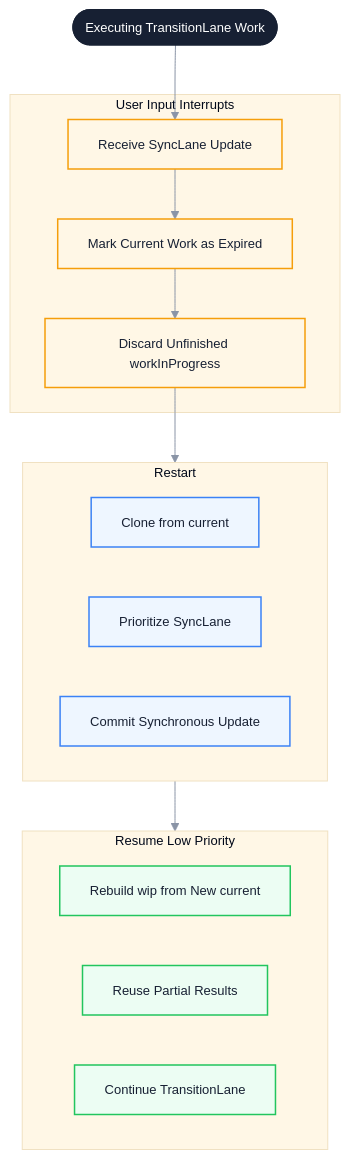
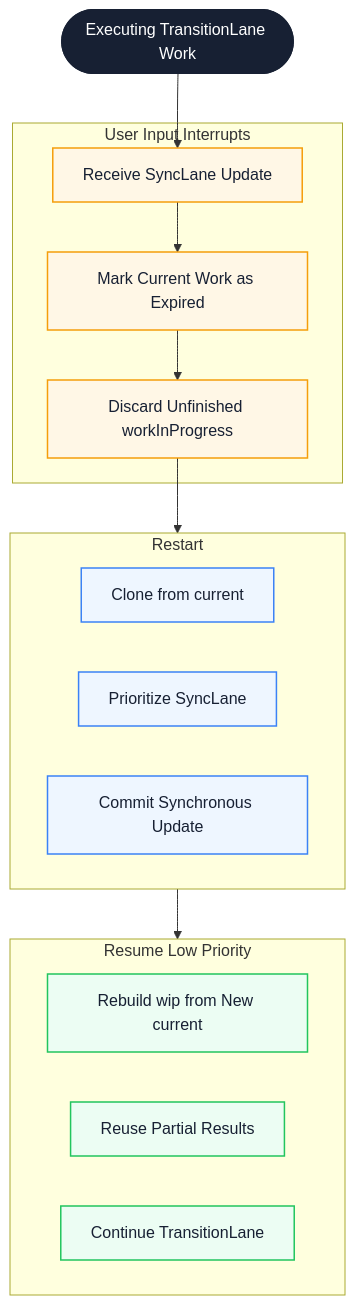
The fifth of 7 diagrams in docs/en/frameworks/react-fiber.md (Fatejian/frontier-vault), drawn with Mermaid before and after one commit. The commit also changed other lines of this file and 41 other files, not shown here.

````diff
--- a/docs/en/frameworks/react-fiber.md
+++ b/docs/en/frameworks/react-fiber.md
@@ -575,36 +528,35 @@
 ```mermaid
-%%{init: {'theme': 'base', 'themeVariables': { 'fontFamily': 'Inter, PingFang SC, Microsoft YaHei, sans-serif', 'primaryColor': '#EEF6FF', 'primaryTextColor': '#172033', 'primaryBorderColor': '#6EA8FE', 'lineColor': '#8A94A6', 'secondaryColor': '#F7F9FC', 'tertiaryColor': '#FFF7E6', 'fontSize': '13px'}}}%%
 flowchart TB
     Start(["Executing TransitionLane Work"])
 
     subgraph Interrupt["User Input Interrupts"]
         I1["Receive SyncLane Update"]
         I2["Mark Current Work as Expired"]
         I3["Discard Unfinished workInProgress"]
     end
 
     subgraph Restart["Restart"]
         R1["Clone from current"]
         R2["Prioritize SyncLane"]
         R3["Commit Synchronous Update"]
     end
 
     subgraph Resume["Resume Low Priority"]
         RR1["Rebuild wip from New current"]
         RR2["Reuse Partial Results"]
         RR3["Continue TransitionLane"]
     end
 
     Start --> I1 --> I2 --> I3 --> Restart
     Restart --> Resume
 
-    classDef start fill:#172033,color:#fff,stroke:#172033,stroke-width:2px;
-    classDef interrupt fill:#FFF7E6,stroke:#F59E0B,color:#172033,stroke-width:1.5px;
-    classDef restart fill:#EEF6FF,stroke:#3B82F6,color:#172033,stroke-width:1.5px;
-    classDef resume fill:#ECFDF3,stroke:#22C55E,color:#172033,stroke-width:1.5px;
+    classDef core fill:#172033,color:#fff,stroke:#172033,stroke-width:2px;
+    classDef block fill:#FFF7E6,stroke:#F59E0B,color:#172033,stroke-width:1.5px;
+    classDef wait fill:#EEF6FF,stroke:#3B82F6,color:#172033,stroke-width:1.5px;
+    classDef work fill:#ECFDF3,stroke:#22C55E,color:#172033,stroke-width:1.5px;
 
-    class Start start;
-    class I1,I2,I3 interrupt;
-    class R1,R2,R3 restart;
-    class RR1,RR2,RR3 resume;
+    class Start core;
+    class I1,I2,I3 block;
+    class R1,R2,R3 wait;
+    class RR1,RR2,RR3 work;
 ```
````
